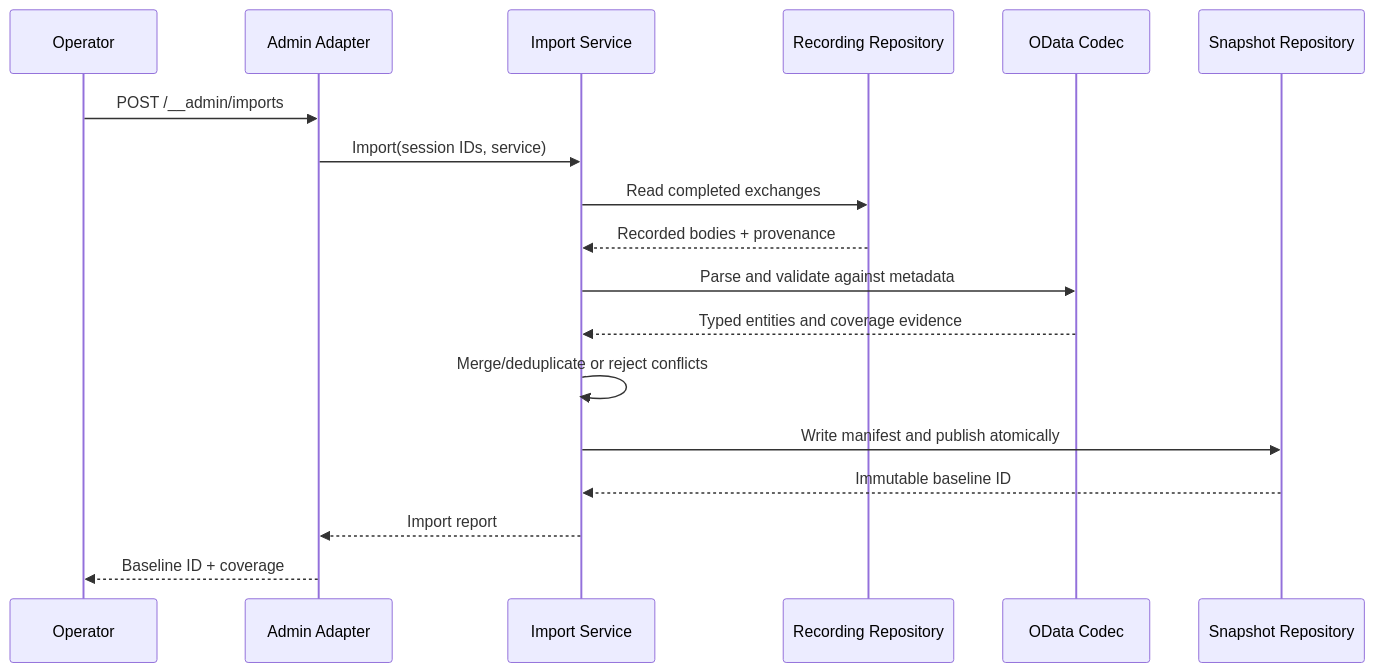
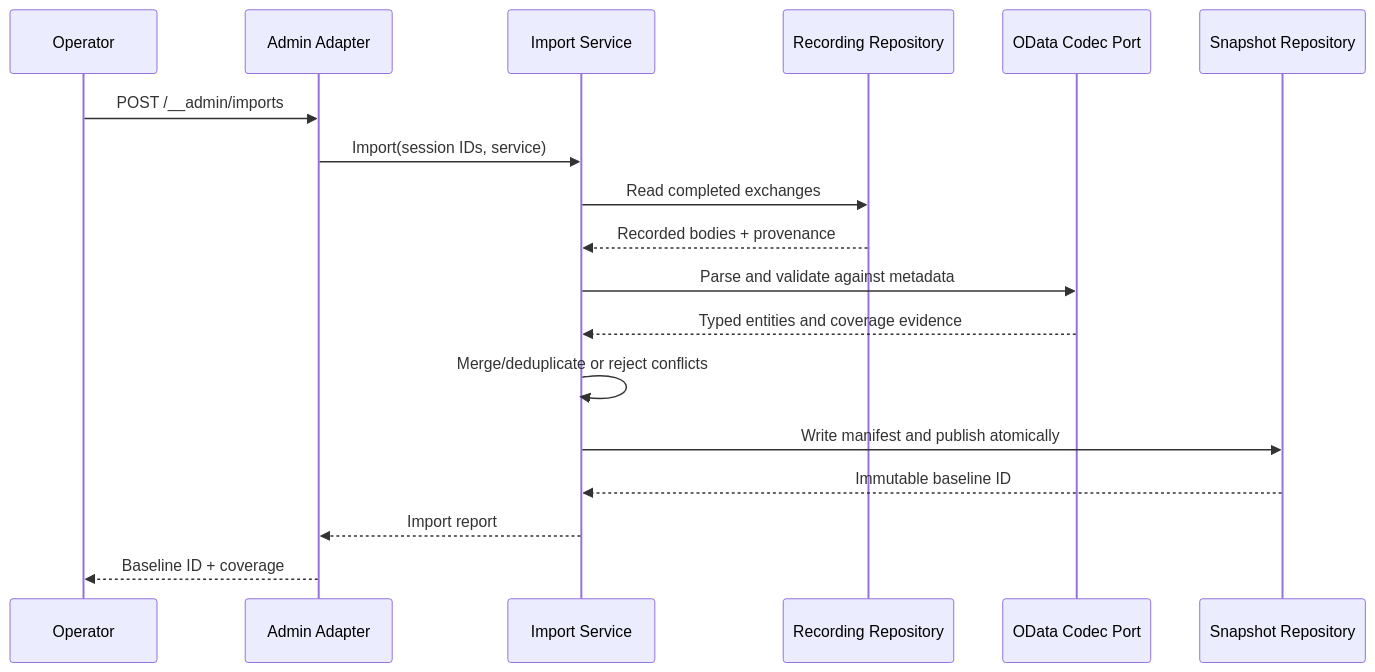
Before and after one commit to pt9912/odata-recorder: the third of 10 diagrams in spec/architecture.md, drawn with Mermaid. The commit also changed other lines of this file and 8 other files, not shown here.

````diff
--- a/spec/architecture.md
+++ b/spec/architecture.md
@@ -233,20 +240,20 @@
 ```mermaid
 sequenceDiagram
     participant O as Operator
     participant A as Admin Adapter
     participant I as Import Service
     participant R as Recording Repository
-    participant C as OData Codec
+    participant C as OData Codec Port
     participant S as Snapshot Repository
     O->>A: POST /__admin/imports
     A->>I: Import(session IDs, service)
     I->>R: Read completed exchanges
     R-->>I: Recorded bodies + provenance
     I->>C: Parse and validate against metadata
     C-->>I: Typed entities and coverage evidence
     I->>I: Merge/deduplicate or reject conflicts
     I->>S: Write manifest and publish atomically
     S-->>I: Immutable baseline ID
     I-->>A: Import report
     A-->>O: Baseline ID + coverage
 ```
````
